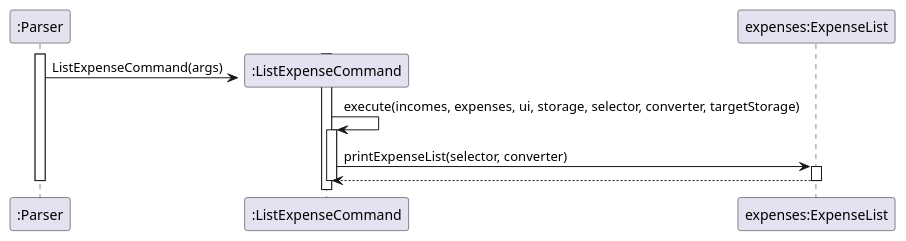
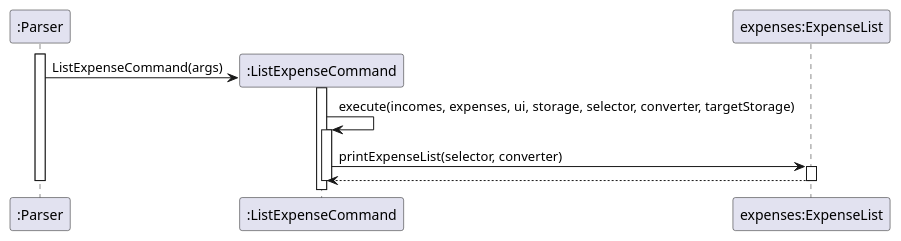
The diagram in docs/diagrams/ListExpenseCommand_Sequence_Diagram.puml (nus-cs2113-AY2223S2/tp), drawn with PlantUML before and after one commit. The commit also changed 1 other file, not shown here.

Commit message:
clean up uml diagrams for add income and list expense

```diff
--- a/docs/diagrams/ListExpenseCommand_Sequence_Diagram.puml
+++ b/docs/diagrams/ListExpenseCommand_Sequence_Diagram.puml
@@ -1,24 +1,25 @@
 @startuml
 participant ":Parser" as Parser
 participant ":ListExpenseCommand" as ListExpenseCommand
 participant "expenses:ExpenseList" as ExpenseList
 
 activate Parser
 
 create ListExpenseCommand
 
+Parser -> ListExpenseCommand : ListExpenseCommand(args)
+
 activate ListExpenseCommand
-Parser -> ListExpenseCommand : ListExpenseCommand(args)
 ListExpenseCommand -> ListExpenseCommand : execute(incomes, expenses, ui, storage, selector, converter, targetStorage)
 
 activate ListExpenseCommand
 ListExpenseCommand -> ExpenseList : printExpenseList(selector, converter)
 
 activate ExpenseList
 ExpenseList --> ListExpenseCommand
 
 deactivate ExpenseList
 deactivate ListExpenseCommand
 deactivate Parser
 
 @enduml
```
